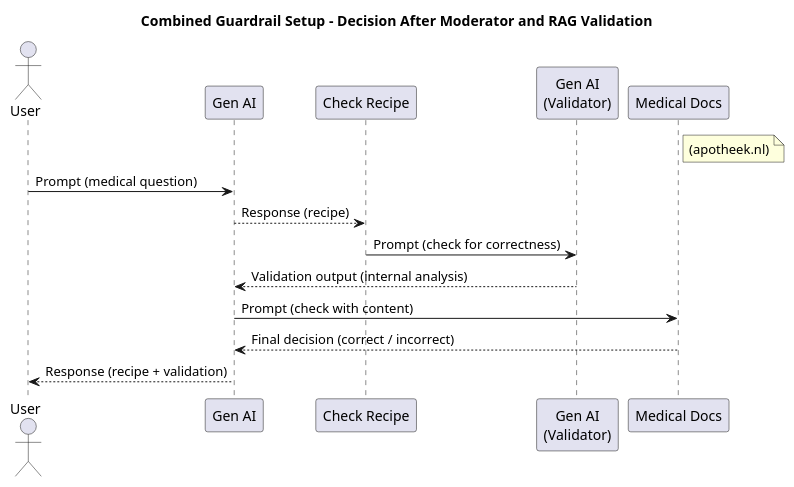
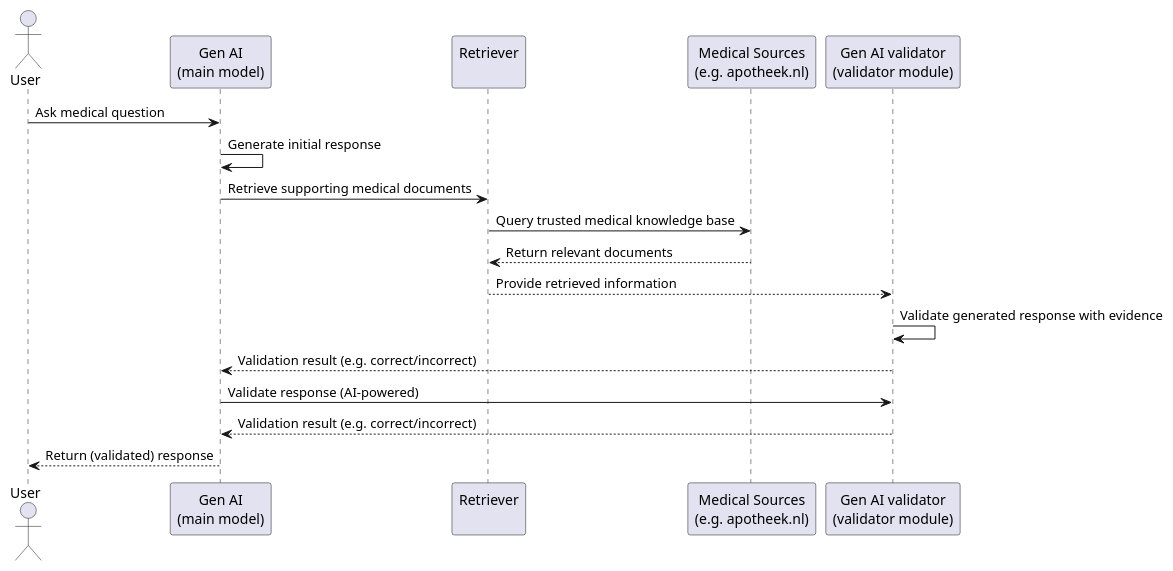
The diagram in report/figures/combinedSetupSequenceDiagram.puml (abroer/IM1312), drawn with PlantUML before and after one commit. The commit also changed 10 other files, not shown here.

```diff
--- a/report/figures/combinedSetupSequenceDiagram.puml
+++ b/report/figures/combinedSetupSequenceDiagram.puml
@@ -1,27 +1,20 @@
 @startuml
-title Combined Guardrail Setup – Decision After Moderator and RAG Validation
+actor User
+participant "Gen AI\n(main model)" as GenAI
+participant "Retriever\n" as RAG
+participant "Medical Sources\n(e.g. apotheek.nl)" as Sources
+participant "Gen AI validator\n(validator module)" as RAG_AI
 
-actor User
-participant GenAI as "Gen AI"
-participant Moderator as "Check Recipe"
-participant GenAI2 as "Gen AI\n(Validator)"
-participant RAG as "Medical Docs"
-note right of RAG
-(apotheek.nl)
-end note
 
-User -> GenAI : Prompt (medical question)
-GenAI --> Moderator : Response (recipe)
-
-' Moderator asks GenAI2 to validate
-Moderator -> GenAI2 : Prompt (check for correctness)
-GenAI2 --> GenAI : Validation output (internal analysis)
-
-' GenAI consults RAG for final verification
-GenAI -> RAG : Prompt (check with content)
-RAG --> GenAI : Final decision (correct / incorrect)
-
-' GenAI sends final result to the user
-GenAI --> User : Response (recipe + validation)
-
+User -> GenAI : Ask medical question
+GenAI -> GenAI : Generate initial response
+GenAI -> RAG : Retrieve supporting medical documents
+RAG -> Sources : Query trusted medical knowledge base
+Sources --> RAG : Return relevant documents
+RAG --> RAG_AI : Provide retrieved information
+RAG_AI -> RAG_AI : Validate generated response with evidence
+RAG_AI --> GenAI : Validation result (e.g. correct/incorrect)
+GenAI -> RAG_AI : Validate response (AI-powered)
+RAG_AI --> GenAI : Validation result (e.g. correct/incorrect)
+GenAI --> User : Return (validated) response
 @enduml
```
